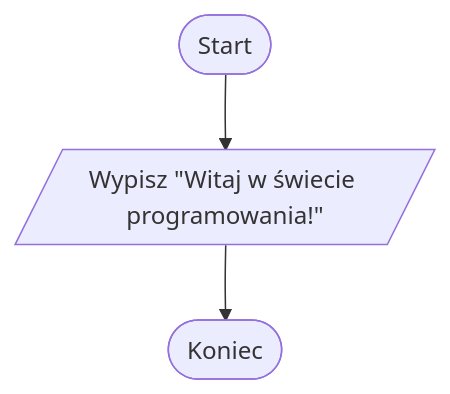
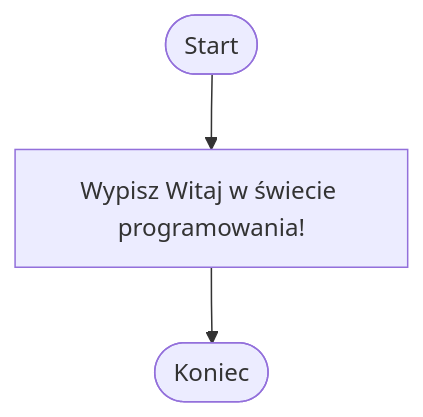
Before and after one commit to mhyla-pj/mhyla-pj.github.io: the diagram in _labs/JICA-Python1.md, drawn with Mermaid.

````diff
--- a/_labs/JICA-Python1.md
+++ b/_labs/JICA-Python1.md
@@ -28,5 +28,5 @@
  ```mermaid
 flowchart TD
-    A([Start]) --> B[/Wypisz "Witaj w świecie programowania!"/]
+    A([Start]) --> B["Wypisz Witaj w świecie programowania!"]
     B --> C([Koniec])
 ```
````
